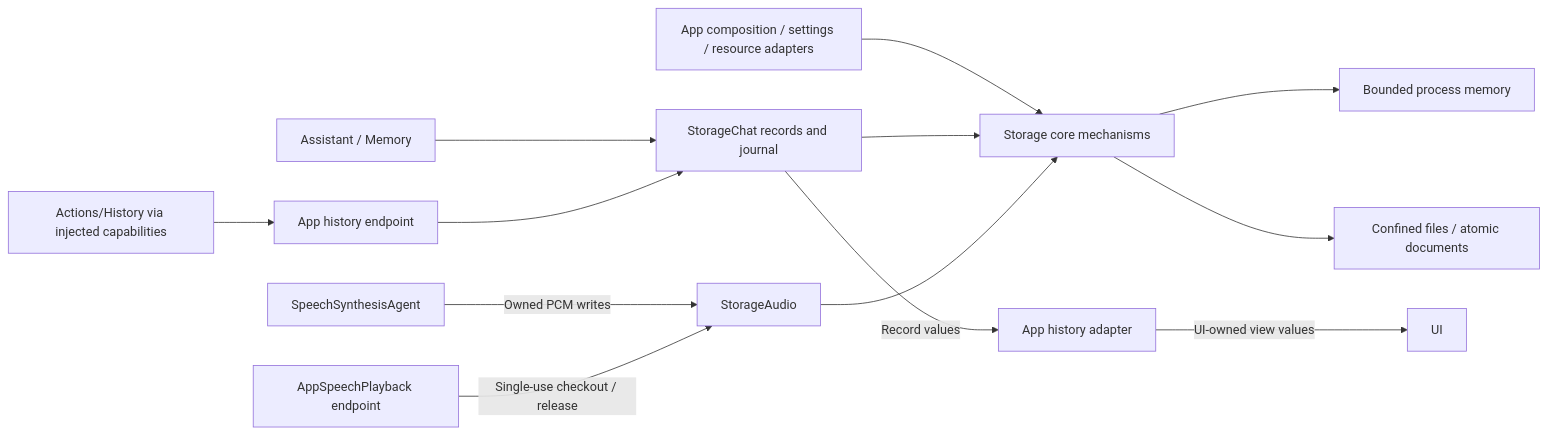
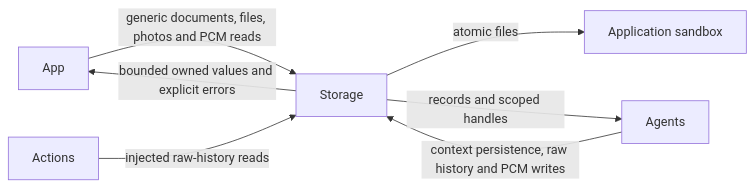
One commit to devilyouwei/MobileHarness changed the first of 2 diagrams in MobileHarness/Storage/README.md. Above: the diagram before and after it, drawn with Mermaid. The commit also changed other lines of this file and 116 other files, not shown here.

````diff
--- a/MobileHarness/Storage/README.md
+++ b/MobileHarness/Storage/README.md
@@ -11,15 +15,9 @@
 ```mermaid
 flowchart LR
-    App[App composition / settings / resource adapters] --> Core[Storage core mechanisms]
-    Agents[Assistant / Memory] --> Chat[StorageChat records and journal]
-    Functions[Actions/History via injected capabilities] --> HistoryHost[App history endpoint]
-    HistoryHost --> Chat
-    Chat --> Core
-    Synth[SpeechSynthesisAgent] -->|Owned PCM writes| Audio[StorageAudio]
-    Playback[AppSpeechPlayback endpoint] -->|Single-use checkout / release| Audio
-    Audio --> Core
-    Core --> Memory[Bounded process memory]
-    Core --> Files[Confined files / atomic documents]
-    Chat -->|Record values| Adapter[App history adapter]
-    Adapter -->|UI-owned view values| UI[UI]
+ App -->|generic documents, files, photos and PCM reads| Storage
+ Agents -->|context persistence, raw history and PCM writes| Storage
+ Actions -->|injected raw-history reads| Storage
+ Storage -->|atomic files| Sandbox[Application sandbox]
+ Storage -->|bounded owned values and explicit errors| App
+ Storage -->|records and scoped handles| Agents
 ```
````
